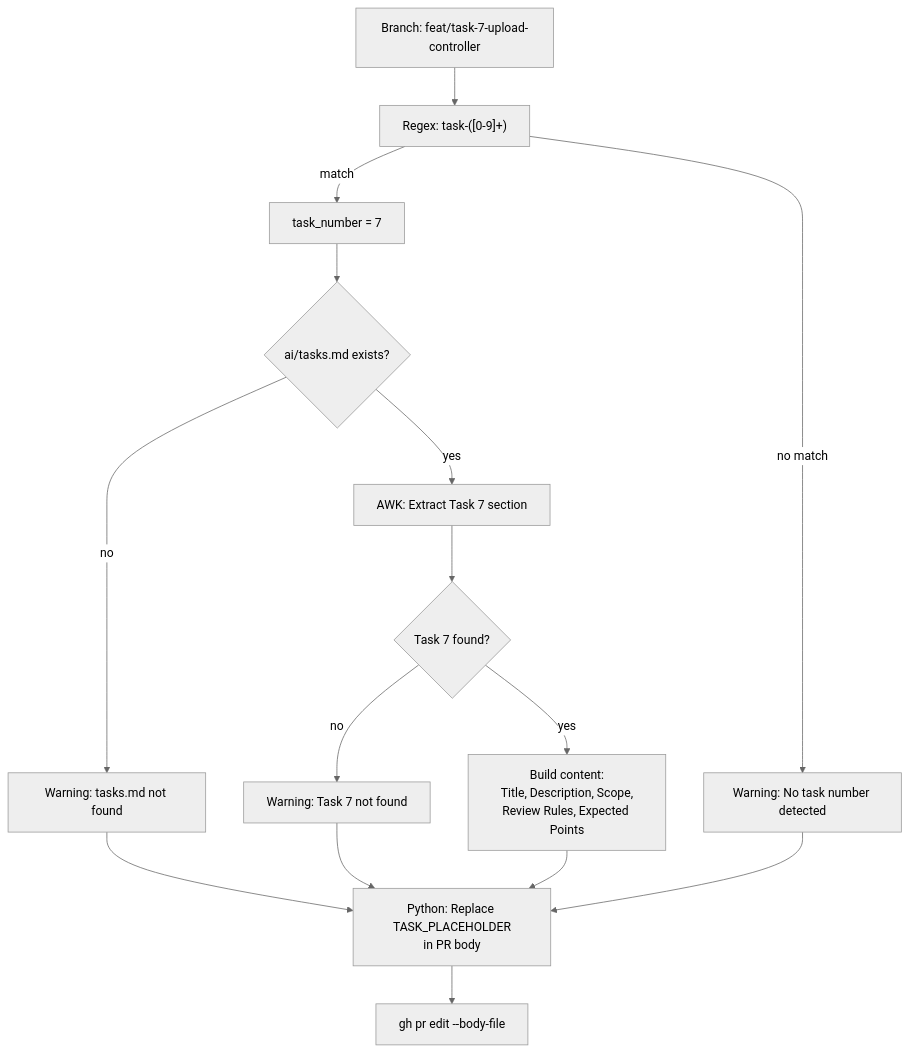
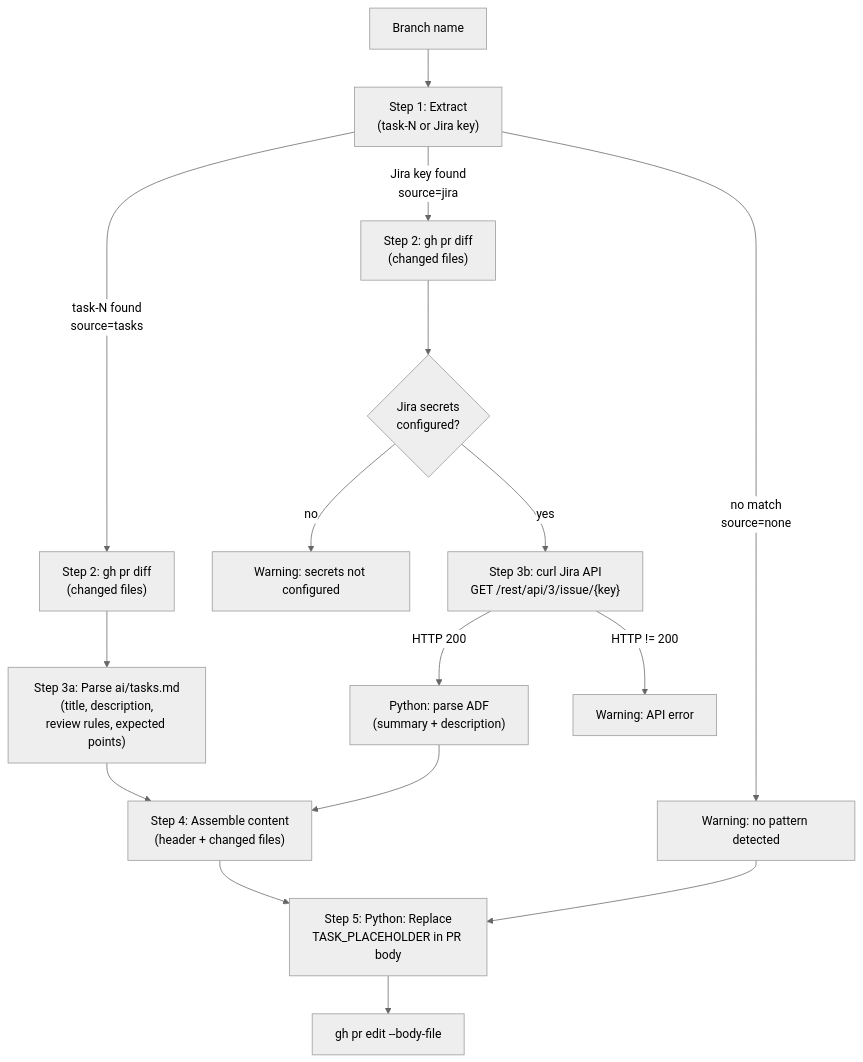
One commit to kojder/bill-manager-actions changed the diagram in wiki/pages/06-PR-Enrichment-and-Task-Workflow.md. Above: the diagram before and after it, drawn with Mermaid (neutral theme). The commit also changed other lines of this file and 3 other files, not shown here.

First line of the commit message:
feat(ci): add Jira REST API enrichment to PR description workflow (#29)

````diff
--- a/wiki/pages/06-PR-Enrichment-and-Task-Workflow.md
+++ b/wiki/pages/06-PR-Enrichment-and-Task-Workflow.md
@@ -80,21 +91,24 @@
 ```mermaid
 graph TD
-    START["Branch: feat/task-7-upload-controller"] --> REGEX["Regex: task-([0-9]+)"]
-    REGEX -->|"match"| NUM["task_number = 7"]
-    REGEX -->|"no match"| WARN1["Warning: No task number detected"]
+    START["Branch name"] --> EXTRACT["Step 1: Extract\n(task-N or Jira key)"]
 
-    NUM --> FILE_CHECK{"ai/tasks.md exists?"}
-    FILE_CHECK -->|"no"| WARN2["Warning: tasks.md not found"]
-    FILE_CHECK -->|"yes"| PARSE["AWK: Extract Task 7 section"]
+    EXTRACT -->|"task-N found\nsource=tasks"| DIFF1["Step 2: gh pr diff\n(changed files)"]
+    EXTRACT -->|"Jira key found\nsource=jira"| DIFF2["Step 2: gh pr diff\n(changed files)"]
+    EXTRACT -->|"no match\nsource=none"| WARN0["Warning: no pattern detected"]
 
-    PARSE --> FOUND{"Task 7 found?"}
-    FOUND -->|"no"| WARN3["Warning: Task 7 not found"]
-    FOUND -->|"yes"| BUILD["Build content:<br/>Title, Description, Scope,<br/>Review Rules, Expected Points"]
+    DIFF1 --> TASKS["Step 3a: Parse ai/tasks.md\n(title, description,\nreview rules, expected points)"]
+    DIFF2 --> JIRA_CHECK{"Jira secrets\nconfigured?"}
 
-    BUILD --> REPLACE["Python: Replace TASK_PLACEHOLDER<br/>in PR body"]
-    WARN1 --> REPLACE
-    WARN2 --> REPLACE
-    WARN3 --> REPLACE
+    JIRA_CHECK -->|"no"| WARN_SEC["Warning: secrets not configured"]
+    JIRA_CHECK -->|"yes"| CURL["Step 3b: curl Jira API\nGET /rest/api/3/issue/{key}"]
 
+    CURL -->|"HTTP 200"| PARSE["Python: parse ADF\n(summary + description)"]
+    CURL -->|"HTTP != 200"| WARN_HTTP["Warning: API error"]
+
+    TASKS --> BUILD["Step 4: Assemble content\n(header + changed files)"]
+    PARSE --> BUILD
+
+    BUILD --> REPLACE["Step 5: Python: Replace\nTASK_PLACEHOLDER in PR body"]
+    WARN0 --> REPLACE
     REPLACE --> DONE["gh pr edit --body-file"]
 ```
````
